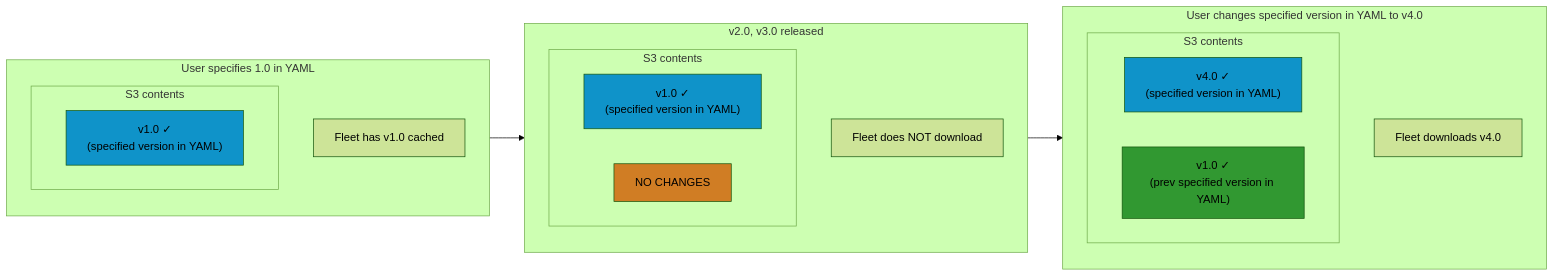
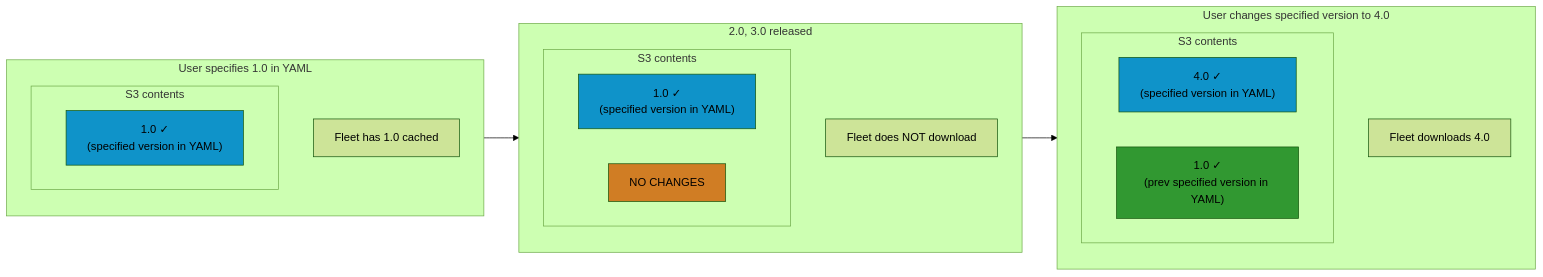
The second of 4 diagrams in docs/Contributing/product-groups/software/rollback-fleet-maintained-app-version.md (fleetdm/fleet), drawn with Mermaid (forest theme) before and after one commit. The commit also changed other lines of this file, not shown here.

````diff
--- a/docs/Contributing/product-groups/software/rollback-fleet-maintained-app-version.md
+++ b/docs/Contributing/product-groups/software/rollback-fleet-maintained-app-version.md
@@ -62,36 +62,36 @@
 ```mermaid
 flowchart LR
     subgraph T1["User specifies 1.0 in YAML"]
         direction TB
-        S1_title["Fleet has v1.0 cached"]
+        S1_title["Fleet has 1.0 cached"]
         subgraph S1["S3 contents"]
-            S1_v1["v1.0 ✓<br/>(specified version in YAML)"]
+            S1_v1["1.0 ✓<br/>(specified version in YAML)"]
         end
     end
 
-    subgraph T2["v2.0, v3.0 released"]
+    subgraph T2["2.0, 3.0 released"]
         direction TB
         S2_title["Fleet does NOT download"]
         subgraph S2["S3 contents"]
-            S2_v1["v1.0 ✓<br/>(specified version in YAML)"]
+            S2_v1["1.0 ✓<br/>(specified version in YAML)"]
             S2_note["NO CHANGES"]
         end
     end
 
-    subgraph T3["User changes specified version in YAML to v4.0"]
+    subgraph T3["User changes specified version to 4.0"]
         direction TB
-        S3_title["Fleet downloads v4.0"]
+        S3_title["Fleet downloads 4.0"]
         subgraph S3["S3 contents"]
-            S3_v4["v4.0 ✓<br/>(specified version in YAML)"]
-            S3_v1["v1.0 ✓<br/>(prev specified version in YAML)"]
+            S3_v4["4.0 ✓<br/>(specified version in YAML)"]
+            S3_v1["1.0 ✓<br/>(prev specified version in YAML)"]
         end
     end
 
     T1 --> T2 --> T3
 
     style S1_v1 fill:#0F93C9
     style S2_v1 fill:#0F93C9
     style S2_note fill:#D07D24
     style S3_v4 fill:#0F93C9
     style S3_v1 fill:#319831
 ```
````
